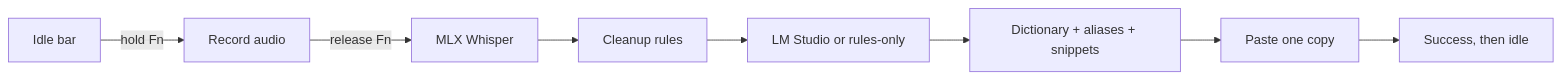
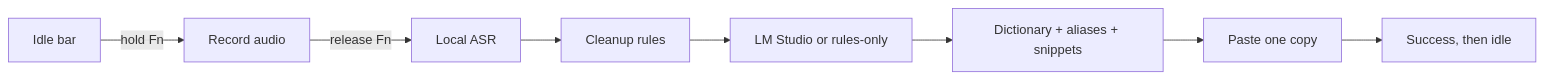
One commit to jayozer/jispr_flow changed the diagram in README.md. Above: the diagram before and after it, drawn with Mermaid. The commit also changed other lines of this file and 28 other files, not shown here.

````diff
--- a/README.md
+++ b/README.md
@@ -62,10 +62,10 @@
 ```mermaid
 flowchart LR
     Idle[Idle bar] -->|hold Fn| Record[Record audio]
-    Record -->|release Fn| ASR[MLX Whisper]
+    Record -->|release Fn| ASR[Local ASR]
     ASR --> Rules[Cleanup rules]
     Rules --> Polish[LM Studio or rules-only]
     Polish --> Personalize[Dictionary + aliases + snippets]
     Personalize --> Insert[Paste one copy]
     Insert --> Success[Success, then idle]
 ```
````
